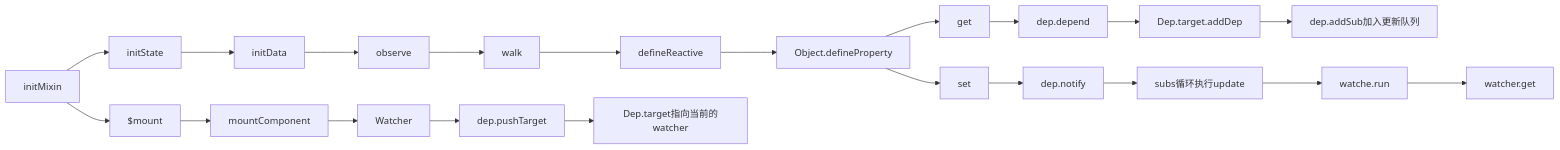
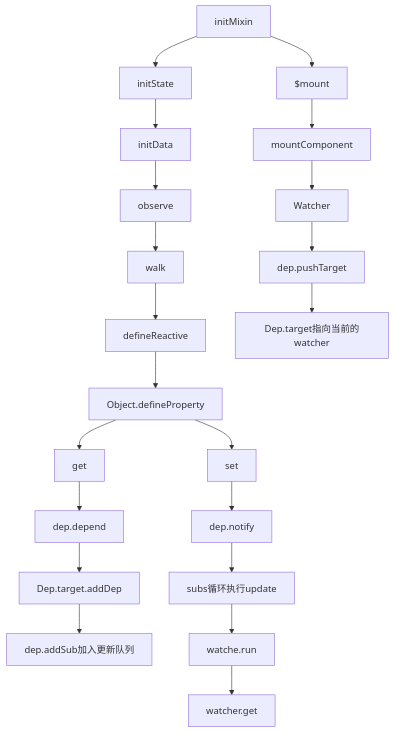
Before and after one commit to tinn2015/Notes: the second of 3 diagrams in docs/vue源码分析/响应式原理/index.md, drawn with Mermaid. The commit also changed other lines of this file and 3 other files, not shown here.

````diff
--- a/docs/vue源码分析/响应式原理/index.md
+++ b/docs/vue源码分析/响应式原理/index.md
@@ -887,11 +895,11 @@
 ```mermaid
-graph LR
+graph TD
 
   initMixin --> initState --> initData --> observe --> walk --> defineReactive --> Object.defineProperty
 
    Object.defineProperty --> get --> dep.depend --> Dep.target.addDep --> dep.addSub加入更新队列
 
    Object.defineProperty --> set --> dep.notify --> subs循环执行update --> watche.run --> watcher.get
 
   initMixin --> $mount --> mountComponent --> Watcher --> dep.pushTarget --> Dep.target指向当前的watcher
 ```
````
